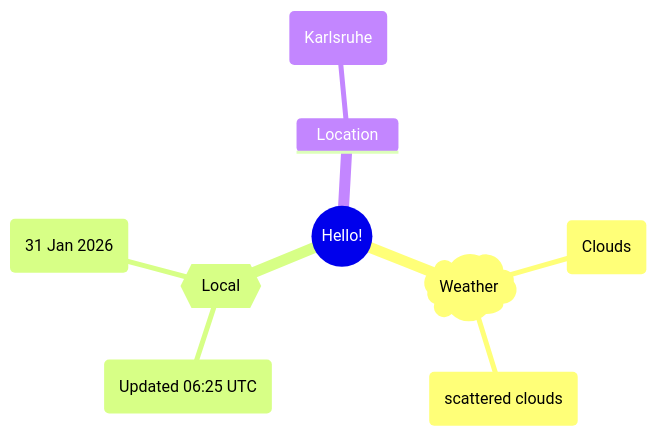
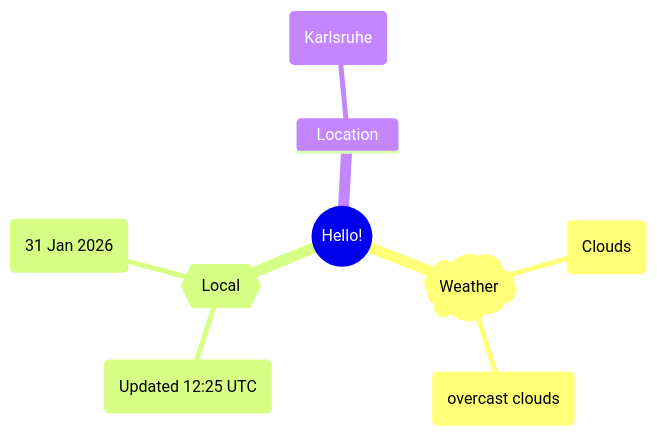
One commit to Xosrov/Xosrov changed the first of 2 diagrams in README.md. Above: the diagram before and after it, drawn with Mermaid.

Commit message:
[bot] updated images

````diff
--- a/README.md
+++ b/README.md
@@ -3,12 +3,12 @@
 ```mermaid
 mindmap
   root((Hello!))
     )Weather(
         (Clouds)
-        (scattered clouds)
+        (overcast clouds)
     {{Local}}
-        (Updated 06:25 UTC)
+        (Updated 12:25 UTC)
         (31 Jan 2026)
     Location
         (Karlsruhe)
 ```
````
